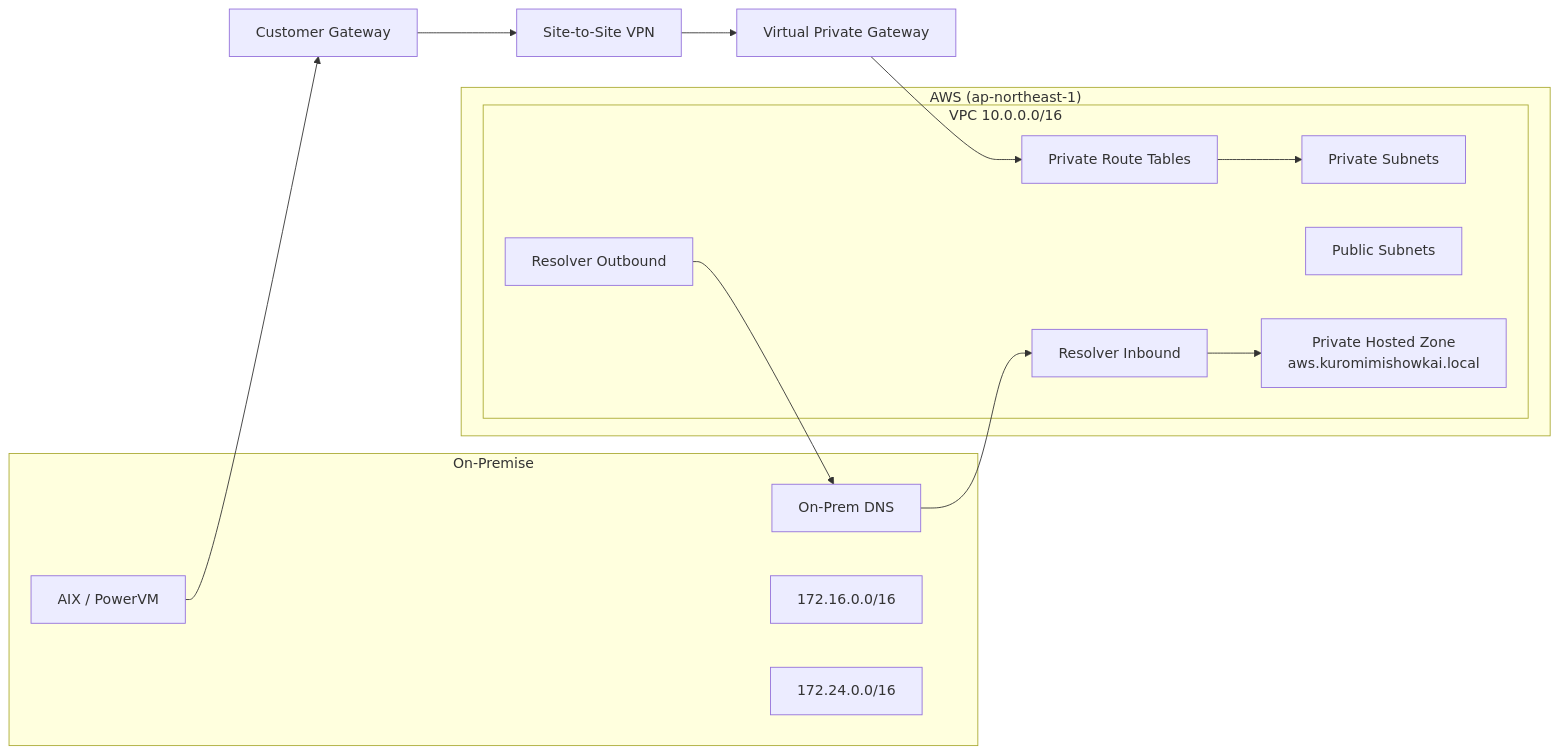
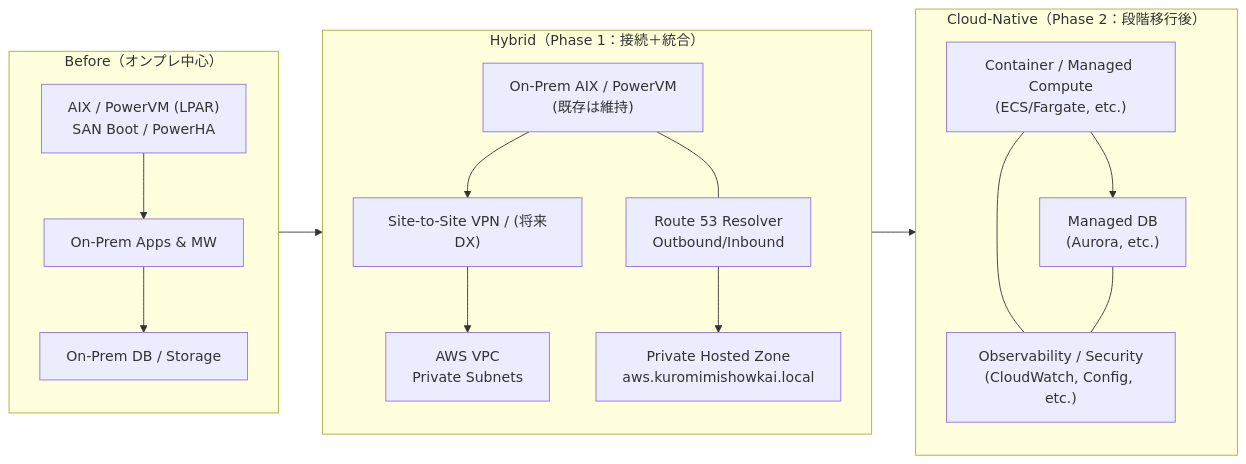
The first of 3 diagrams in README.md (TomomasaSekino/hybrid-architecture-aix-to-aws), drawn with Mermaid before and after one commit. The commit also changed other lines of this file, not shown here.

````diff
--- a/README.md
+++ b/README.md
@@ -65,31 +67,35 @@
-```mermaid
+``` mermaid
 flowchart LR
-
-  subgraph ONP["On-Premise"]
-    AIX["AIX / PowerVM"]
-    DNS1["On-Prem DNS"]
-    DC1["172.16.0.0/16"]
-    DR1["172.24.0.0/16"]
+  %% BEFORE
+  subgraph B["Before（オンプレ中心）"]
+    B1["AIX / PowerVM (LPAR)\nSAN Boot / PowerHA"]
+    B2["On-Prem Apps & MW"]
+    B3["On-Prem DB / Storage"]
+    B1 --> B2 --> B3
   end
 
-  CGW["Customer Gateway"]
-  VPN["Site-to-Site VPN"]
-  VGW["Virtual Private Gateway"]
-
-  subgraph AWS["AWS (ap-northeast-1)"]
-    subgraph VPC["VPC 10.0.0.0/16"]
-      PRI["Private Subnets"]
-      PUB["Public Subnets"]
-      RT["Private Route Tables"]
-      RES_OUT["Resolver Outbound"]
-      RES_IN["Resolver Inbound"]
-      PHZ["Private Hosted Zone\naws.kuromimishowkai.local"]
-    end
+  %% HYBRID
+  subgraph H["Hybrid（Phase 1：接続＋統合）"]
+    H1["On-Prem AIX / PowerVM\n(既存は維持)"]
+    H2["Site-to-Site VPN / (将来DX)"]
+    H3["AWS VPC\nPrivate Subnets"]
+    H4["Route 53 Resolver\nOutbound/Inbound"]
+    H5["Private Hosted Zone\naws.kuromimishowkai.local"]
+    H1 --> H2 --> H3
+    H4 --> H5
+    H1 --- H4
   end
 
-  AIX --> CGW --> VPN --> VGW --> RT
-  DNS1 --> RES_IN
-  RES_OUT --> DNS1
-  RES_IN --> PHZ
-  RT --> PRI
+  %% CLOUD NATIVE
+  subgraph C["Cloud-Native（Phase 2：段階移行後）"]
+    C1["Container / Managed Compute\n(ECS/Fargate, etc.)"]
+    C2["Managed DB\n(Aurora, etc.)"]
+    C3["Observability / Security\n(CloudWatch, Config, etc.)"]
+    C1 --> C2
+    C1 --- C3
+    C2 --- C3
+  end
+
+  B --> H --> C
+
 ```
````
